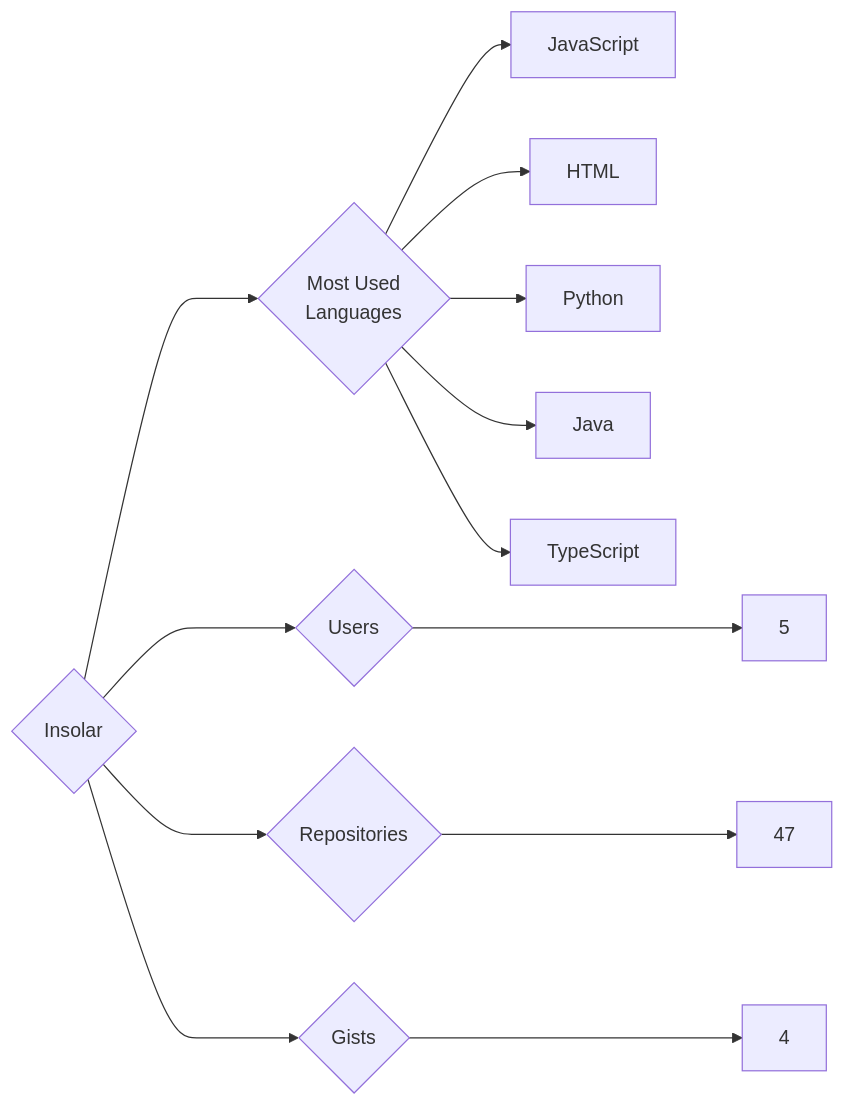
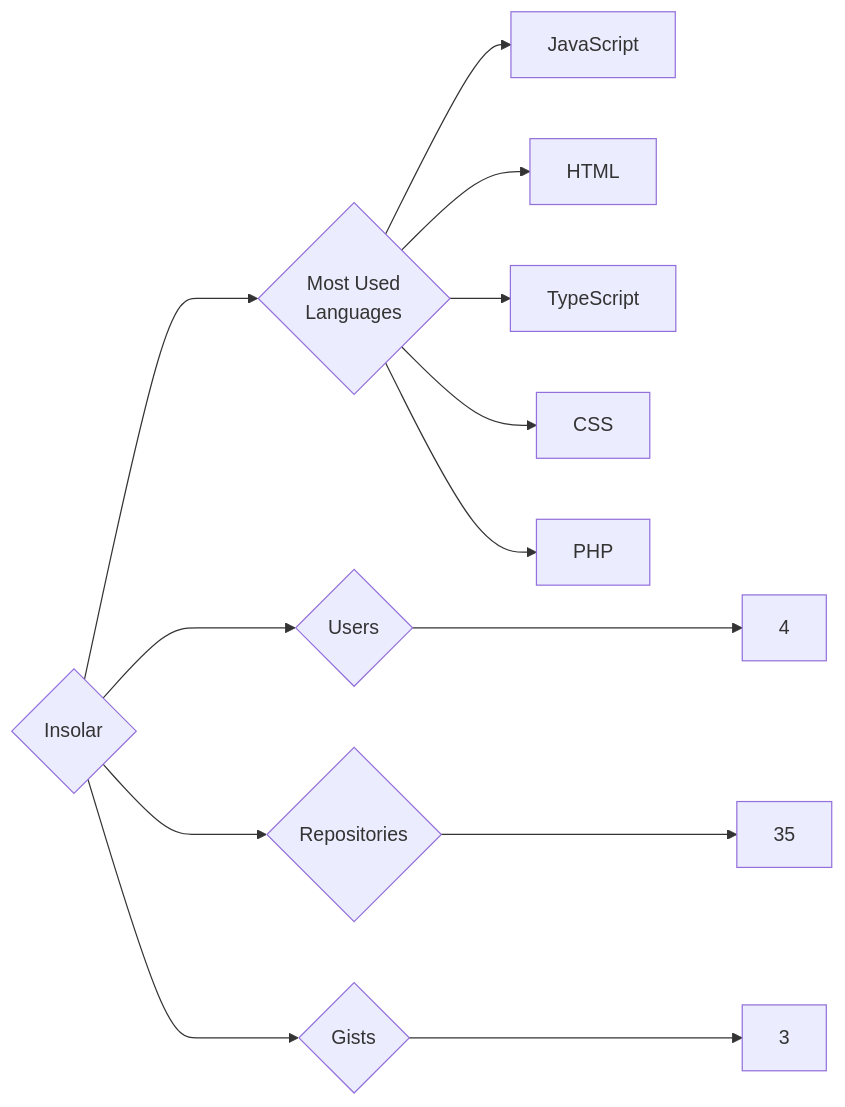
Before and after one commit to trickest/insiders: the diagram in targets/Insolar/README.md, drawn with Mermaid. The commit also changed 930 other files, not shown here.

````diff
--- a/targets/Insolar/README.md
+++ b/targets/Insolar/README.md
@@ -3,13 +3,13 @@
 ```mermaid
 graph LR
 COMPANY_NAME{Insolar}
-COMPANY_NAME ---> U{Users} ---> UN[5]
-COMPANY_NAME ---> R{Repositories} ---> RN[47]
-COMPANY_NAME ---> G{Gists} ---> GN[4]
+COMPANY_NAME ---> U{Users} ---> UN[4]
+COMPANY_NAME ---> R{Repositories} ---> RN[35]
+COMPANY_NAME ---> G{Gists} ---> GN[3]
 COMPANY_NAME ---> ML{Most Used<br>Languages}
 ML --> JavaScript[JavaScript]
 ML --> HTML[HTML]
-ML --> Python[Python]
-ML --> Java[Java]
 ML --> TypeScript[TypeScript]
+ML --> CSS[CSS]
+ML --> PHP[PHP]
 ```
````
